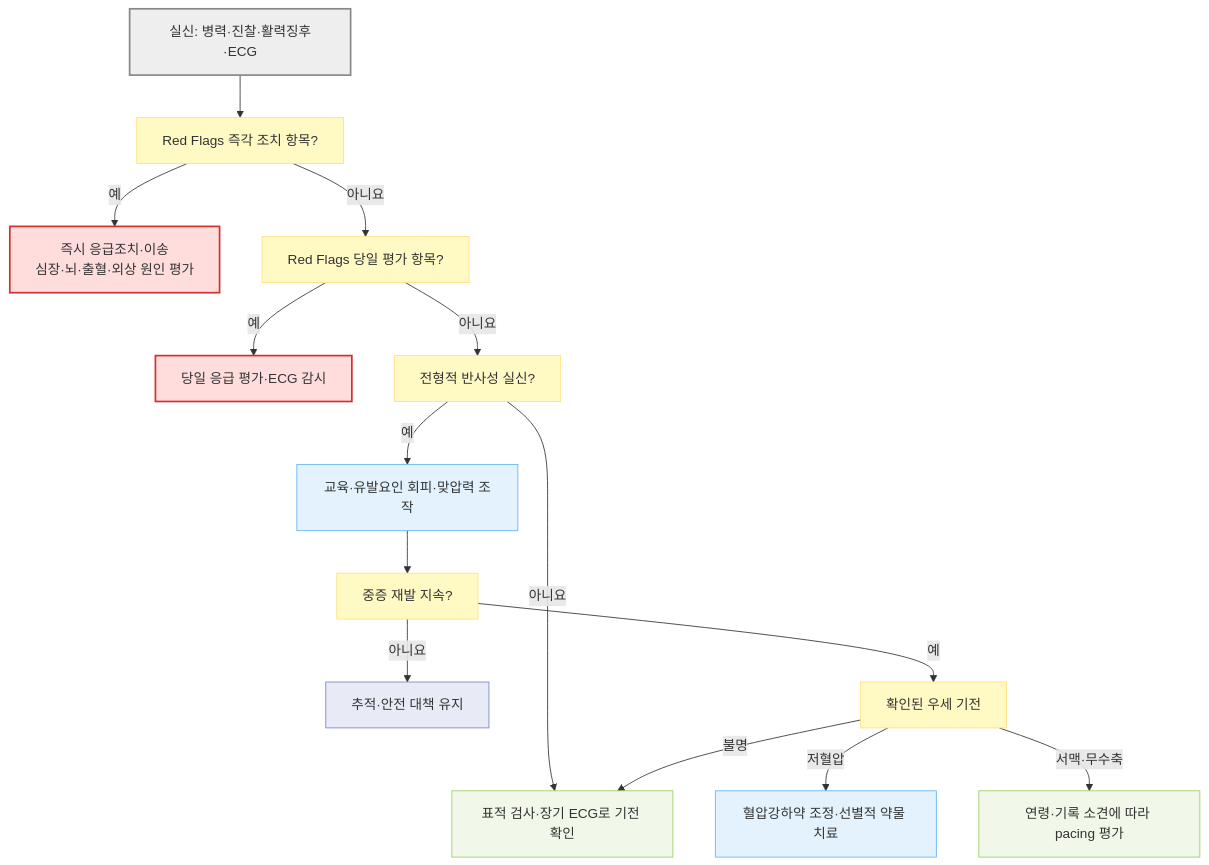
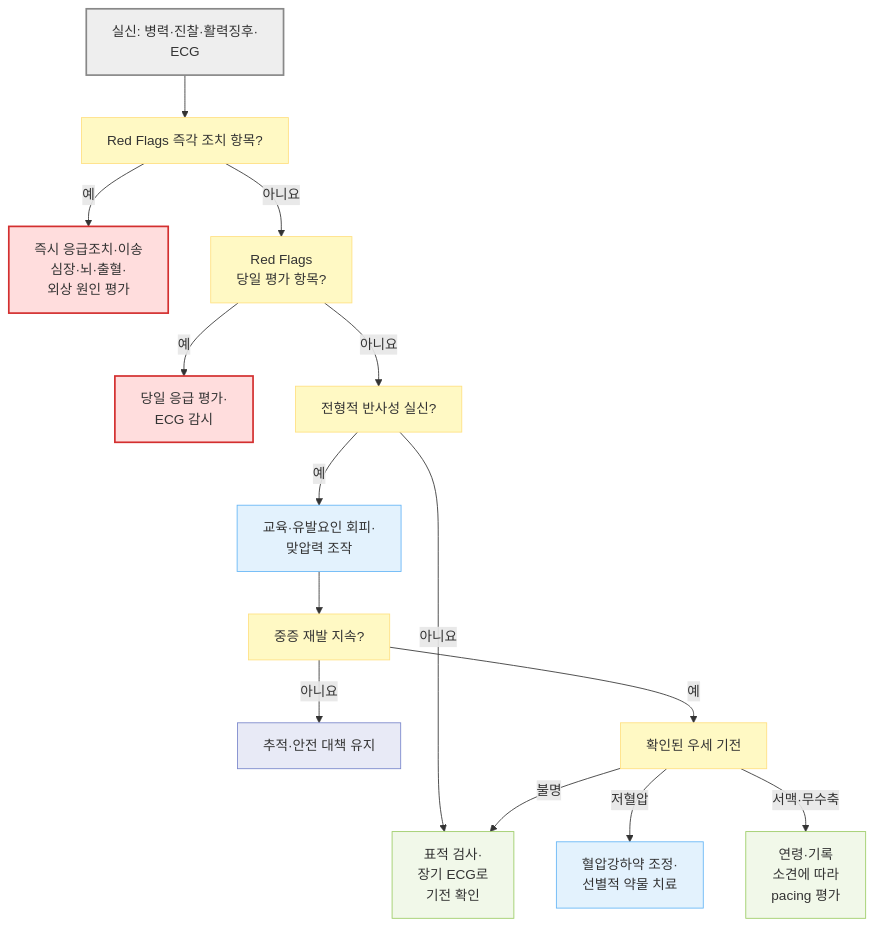
The diagram in 221_/022_-reflex-syncope.md (familyoh77/familyoh77), drawn with Mermaid before and after one commit. The commit also changed other lines of this file, not shown here.

Commit message:
GITBOOK-2145: No subject

````diff
--- a/221_/022_-reflex-syncope.md
+++ b/221_/022_-reflex-syncope.md
@@ -133,29 +133,28 @@
 ```mermaid
 flowchart TD
-    A["실신: 병력·진찰·활력징후·ECG"] --> B["Red Flags 즉각 조치 항목?"]
-    B -- "예" --> C["즉시 응급조치·이송<br>심장·뇌·출혈·외상 원인 평가"]
-    B -- "아니요" --> B2["Red Flags 당일 평가 항목?"]
-    B2 -- "예" --> C2["당일 응급 평가·ECG 감시"]
+    A["실신: 병력·진찰·활력징후·<br/>ECG"] --> B["Red Flags 즉각 조치 항목?"]
+    B -- "예" --> C["즉시 응급조치·이송<br>심장·뇌·출혈·<br/>외상 원인 평가"]
+    B -- "아니요" --> B2["Red Flags <br/>당일 평가 항목?"]
+    B2 -- "예" --> C2["당일 응급 평가·<br/>ECG 감시"]
     B2 -- "아니요" --> D["전형적 반사성 실신?"]
-    D -- "아니요" --> E["표적 검사·장기 ECG로 기전 확인"]
-    D -- "예" --> F["교육·유발요인 회피·맞압력 조작"]
+    D -- "아니요" --> E["표적 검사·<br/>장기 ECG로 <br/>기전 확인"]
+    D -- "예" --> F["교육·유발요인 회피·<br/>맞압력 조작"]
     F --> G["중증 재발 지속?"]
     G -- "아니요" --> H["추적·안전 대책 유지"]
     G -- "예" --> I["확인된 우세 기전"]
-    I -- "저혈압" --> J["혈압강하약 조정·선별적 약물 치료"]
-    I -- "서맥·무수축" --> K["연령·기록 소견에 따라 pacing 평가"]
+    I -- "저혈압" --> J["혈압강하약 조정·<br/>선별적 약물 치료"]
+    I -- "서맥·무수축" --> K["연령·기록 <br/>소견에 따라 <br/>pacing 평가"]
     I -- "불명" --> E
-
     classDef start fill:#eeeeee,stroke:#888888,stroke-width:2px
     classDef question fill:#fff9c4,stroke:#ffe082
     classDef emergency fill:#ffdddd,stroke:#d32f2f,stroke-width:2px
     classDef evaluation fill:#f1f8e9,stroke:#9ccc65
     classDef treatment fill:#e3f2fd,stroke:#64b5f6
     classDef followup fill:#e8eaf6,stroke:#7986cb
     class A start
     class B,B2,D,G,I question
     class C,C2 emergency
     class E,K evaluation
     class F,J treatment
     class H followup
 ```
````
